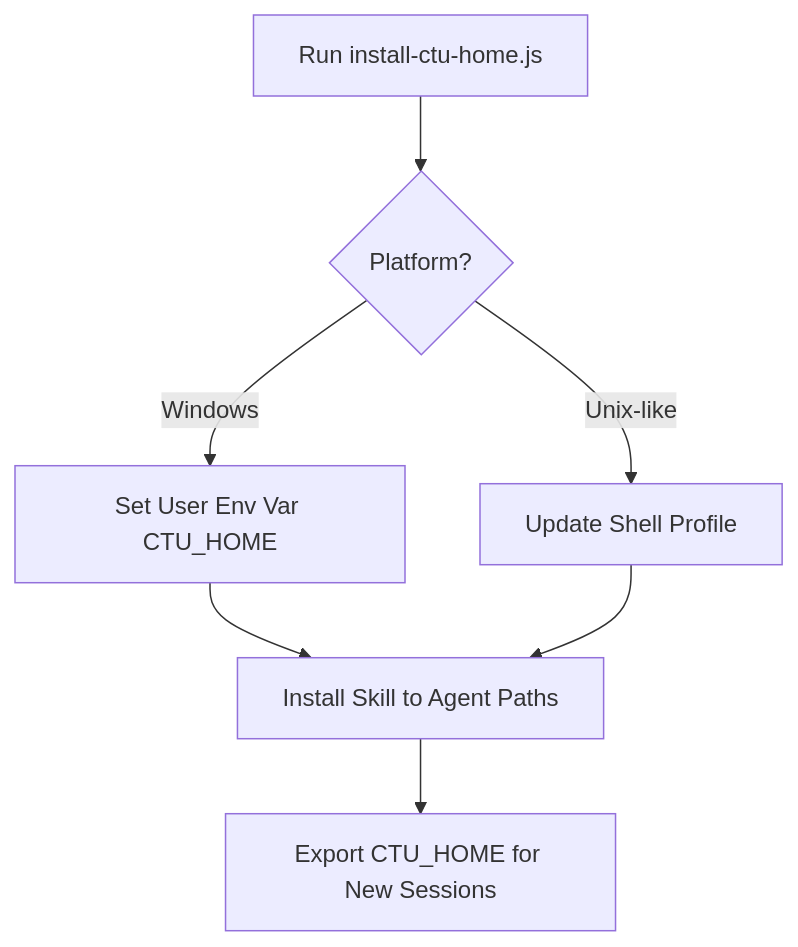
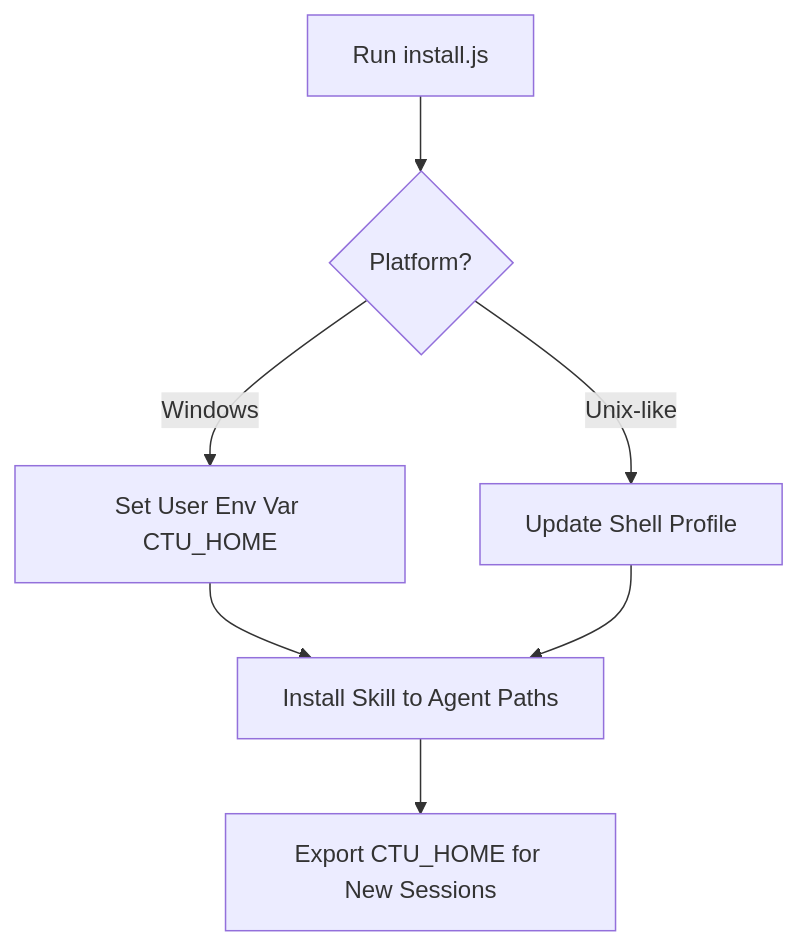
The fourth of 8 diagrams in .qoder/repowiki/en/content/AI Agent Integration/AI Agent Integration.md (pingwurth/code-to-uml), drawn with Mermaid before and after one commit. The commit also changed other lines of this file and 26 other files, not shown here.

Commit message:
rename install-ctu-home.js install.js

````diff
--- a/.qoder/repowiki/en/content/AI Agent Integration/AI Agent Integration.md
+++ b/.qoder/repowiki/en/content/AI Agent Integration/AI Agent Integration.md
@@ -222,9 +222,9 @@
 ```mermaid
 flowchart TD
-A["Run install-ctu-home.js"] --> B{"Platform?"}
+A["Run install.js"] --> B{"Platform?"}
 B --> |Windows| C["Set User Env Var CTU_HOME"]
 B --> |Unix-like| D["Update Shell Profile"]
 C --> E["Install Skill to Agent Paths"]
 D --> E
 E --> F["Export CTU_HOME for New Sessions"]
 ```
````
